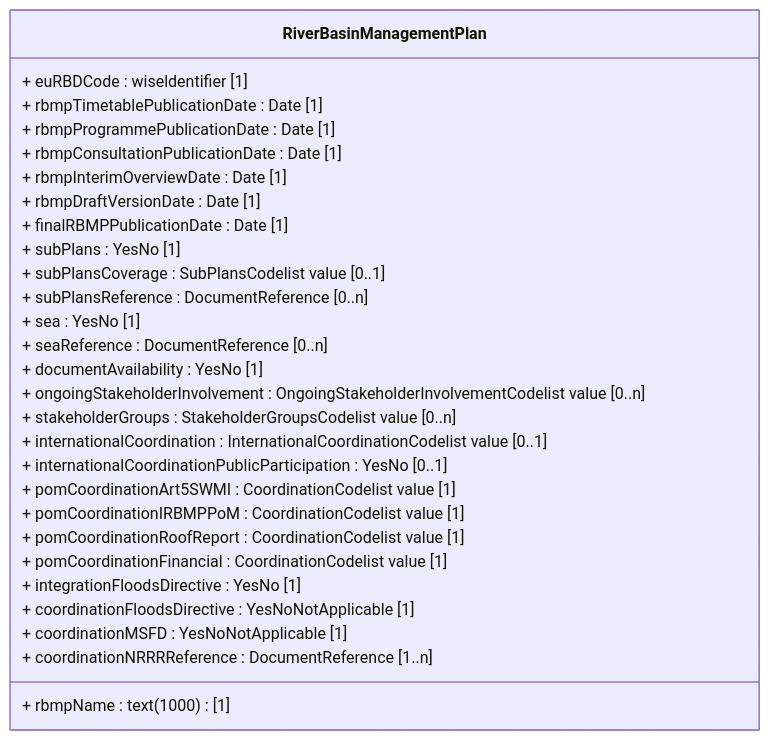
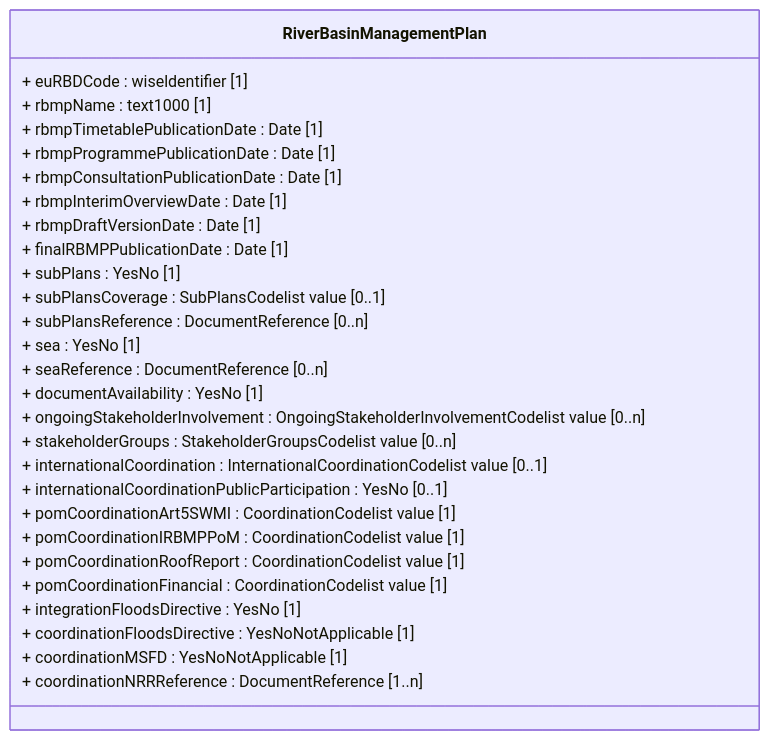
The diagram in docs/DataModelReview/mmd/MeasuresRBDPlan4thCycle.mmd (eeadata/WISE.WFD.Documentation), drawn with Mermaid before and after one commit. The commit also changed 22 other files, not shown here.

```diff
--- a/docs/DataModelReview/mmd/MeasuresRBDPlan4thCycle.mmd
+++ b/docs/DataModelReview/mmd/MeasuresRBDPlan4thCycle.mmd
@@ -1,37 +1,37 @@
 classDiagram
 
 class RiverBasinManagementPlan {
-    + euRBDCode : wiseldentifier [1]
-    + rbmpName : text (1000) [1]
+   + euRBDCode : wiseldentifier [1]
+    + rbmpName : text1000 [1]
     + rbmpTimetablePublicationDate : Date [1]
     + rbmpProgrammePublicationDate : Date [1]
     + rbmpConsultationPublicationDate : Date [1]
     + rbmpInterimOverviewDate : Date [1]
     + rbmpDraftVersionDate : Date [1]
     + finalRBMPPublicationDate : Date [1]
 
     + subPlans : YesNo [1]
     + subPlansCoverage : SubPlansCodelist value [0..1]
     + subPlansReference : DocumentReference [0..n]
 
     + sea : YesNo [1]
     + seaReference : DocumentReference [0..n]
 
     + documentAvailability : YesNo [1]
 
     + ongoingStakeholderInvolvement : OngoingStakeholderInvolvementCodelist value [0..n]
     + stakeholderGroups : StakeholderGroupsCodelist value [0..n]
 
     + internationalCoordination : InternationalCoordinationCodelist value [0..1]
     + internationalCoordinationPublicParticipation : YesNo [0..1]
     + pomCoordinationArt5SWMI : CoordinationCodelist value [1]
     + pomCoordinationIRBMPPoM : CoordinationCodelist value [1]
     + pomCoordinationRoofReport : CoordinationCodelist value [1]
     + pomCoordinationFinancial : CoordinationCodelist value [1]
 
     + integrationFloodsDirective : YesNo [1]
     + coordinationFloodsDirective : YesNoNotApplicable [1]
     + coordinationMSFD : YesNoNotApplicable [1]
 
-    + coordinationNRRRReference : DocumentReference [1..n]
+    + coordinationNRRReference : DocumentReference [1..n]
 }
```
